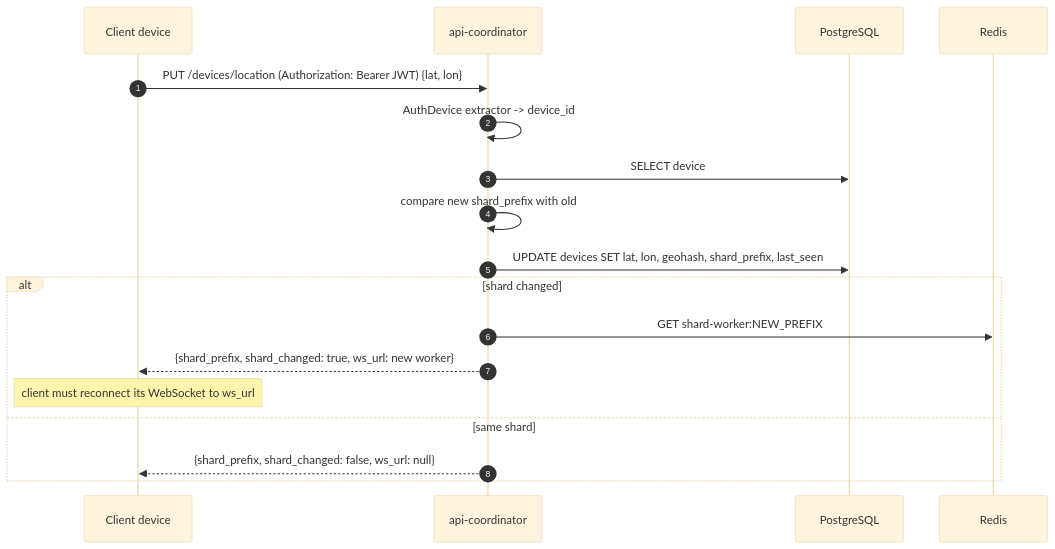
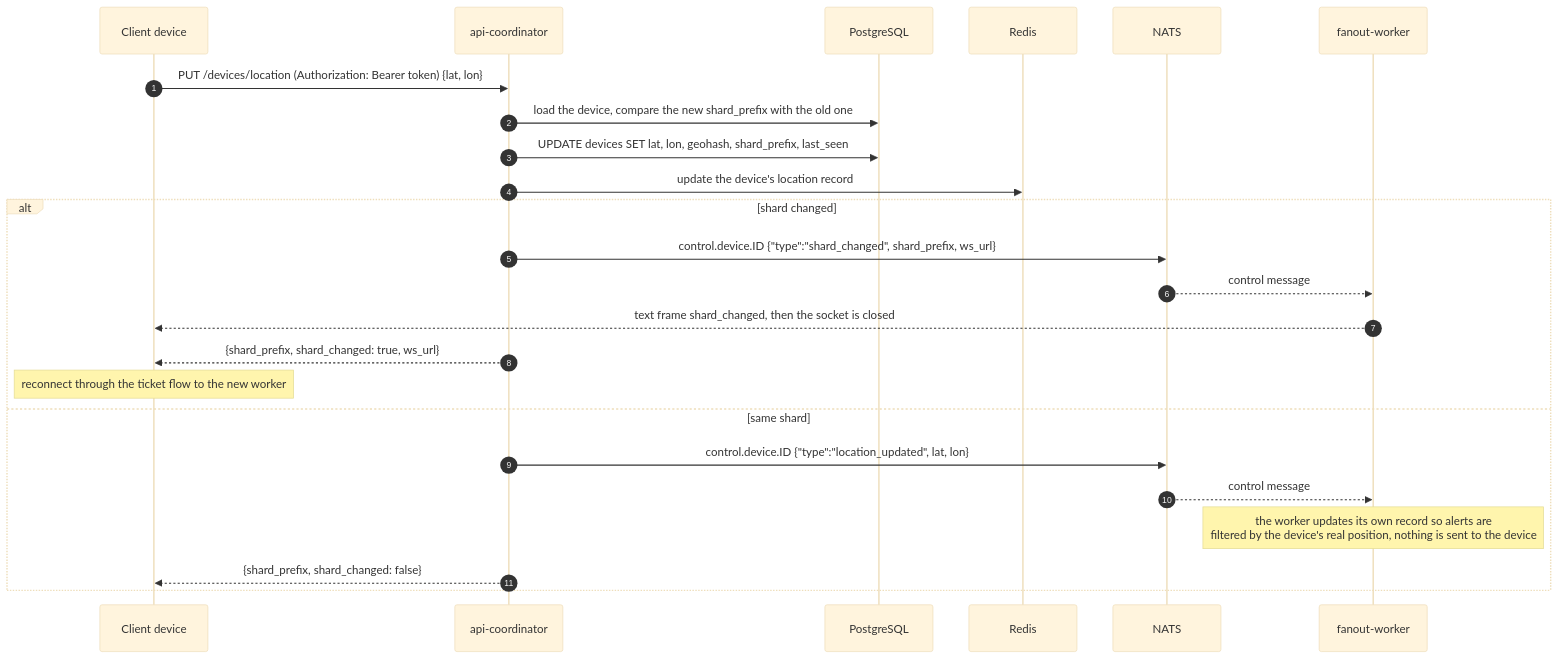
The fifth of 14 diagrams in README.md (MuaazTasawar/pulsegrid), drawn with Mermaid (base theme) before and after one commit. The commit also changed other lines of this file and 4 other files, not shown here.

````diff
--- a/README.md
+++ b/README.md
@@ -268,21 +293,27 @@
 ```mermaid
 sequenceDiagram
     autonumber
     participant C as Client device
     participant API as api-coordinator
     participant PG as PostgreSQL
     participant R as Redis
+    participant N as NATS
+    participant W as fanout-worker
 
-    C->>API: PUT /devices/location (Authorization: Bearer JWT) {lat, lon}
-    API->>API: AuthDevice extractor -> device_id
-    API->>PG: SELECT device
-    API->>API: compare new shard_prefix with old
+    C->>API: PUT /devices/location (Authorization: Bearer token) {lat, lon}
+    API->>PG: load the device, compare the new shard_prefix with the old one
     API->>PG: UPDATE devices SET lat, lon, geohash, shard_prefix, last_seen
+    API->>R: update the device's location record
     alt shard changed
-        API->>R: GET shard-worker:NEW_PREFIX
-        API-->>C: {shard_prefix, shard_changed: true, ws_url: new worker}
-        Note over C: client must reconnect its WebSocket to ws_url
+        API->>N: control.device.ID {"type":"shard_changed", shard_prefix, ws_url}
+        N-->>W: control message
+        W-->>C: text frame shard_changed, then the socket is closed
+        API-->>C: {shard_prefix, shard_changed: true, ws_url}
+        Note over C: reconnect through the ticket flow to the new worker
     else same shard
-        API-->>C: {shard_prefix, shard_changed: false, ws_url: null}
+        API->>N: control.device.ID {"type":"location_updated", lat, lon}
+        N-->>W: control message
+        Note over W: the worker updates its own record so alerts are<br/>filtered by the device's real position, nothing is sent to the device
+        API-->>C: {shard_prefix, shard_changed: false}
     end
 ```
````
